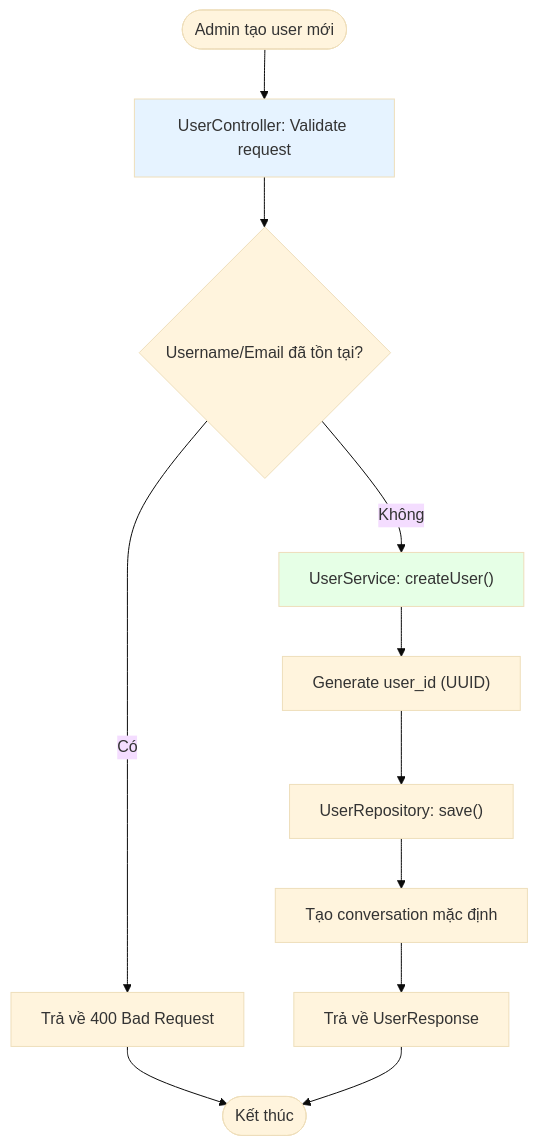
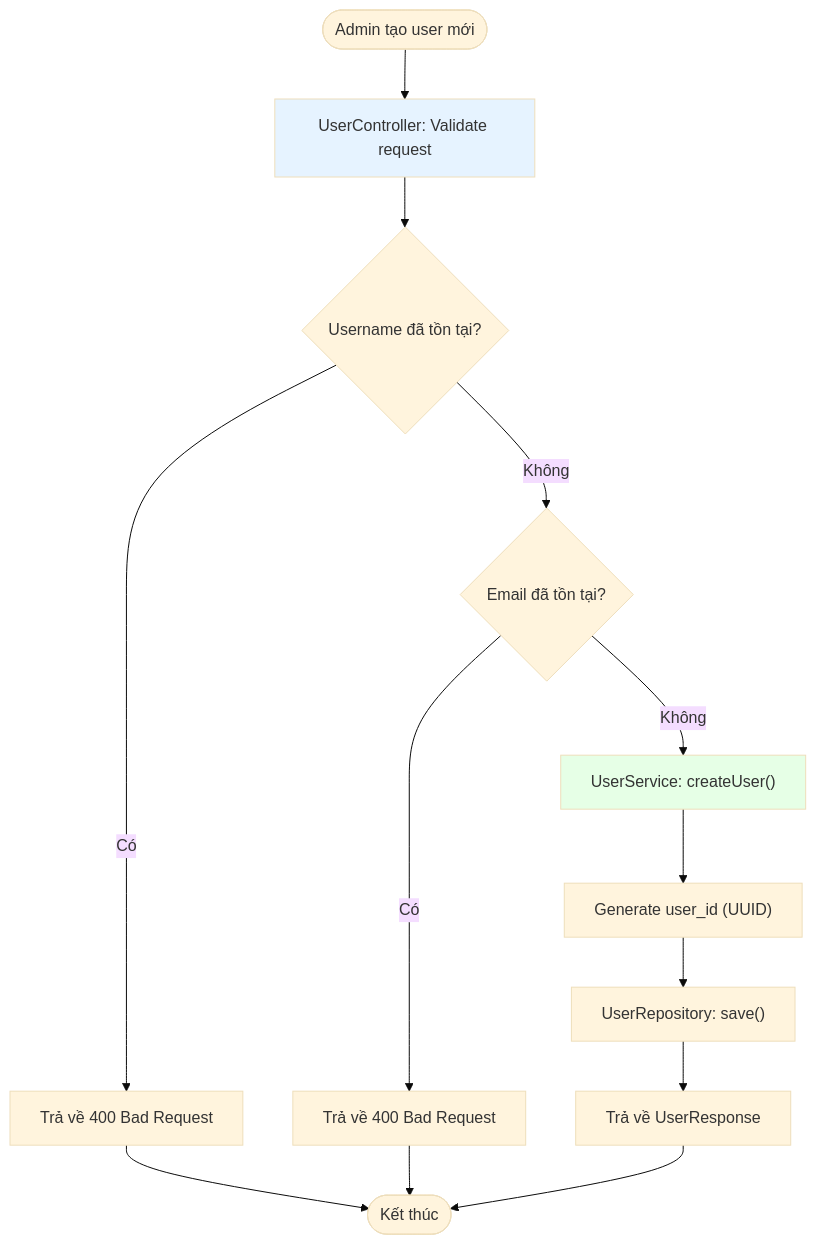
One commit to tvanle/Module2-HTTM changed the fourth of 18 diagrams in README.md. Above: the diagram before and after it, drawn with Mermaid (base theme). The commit also changed other lines of this file, not shown here.

````diff
--- a/README.md
+++ b/README.md
@@ -426,17 +490,20 @@
 ```mermaid
 flowchart TD
     Start([Admin tạo user mới]) --> Validate["UserController: Validate request"]
-    Validate --> CheckDup{"Username/Email đã tồn tại?"}
-    CheckDup -->|Có| Error["Trả về 400 Bad Request"]
-    Error --> End([Kết thúc])
+    Validate --> CheckUser{"Username đã tồn tại?"}
+    CheckUser -->|Có| Error1["Trả về 400 Bad Request"]
+    Error1 --> End([Kết thúc])
 
-    CheckDup -->|Không| CreateUser["UserService: createUser()"]
+    CheckUser -->|Không| CheckEmail{"Email đã tồn tại?"}
+    CheckEmail -->|Có| Error2["Trả về 400 Bad Request"]
+    Error2 --> End
+
+    CheckEmail -->|Không| CreateUser["UserService: createUser()"]
     CreateUser --> GenId["Generate user_id (UUID)"]
     GenId --> Save["UserRepository: save()"]
-    Save --> CreateConv["Tạo conversation mặc định"]
-    CreateConv --> Return["Trả về UserResponse"]
+    Save --> Return["Trả về UserResponse"]
     Return --> End
 
     style Validate fill:#E6F3FF
     style CreateUser fill:#E6FFE6
 ```
````
